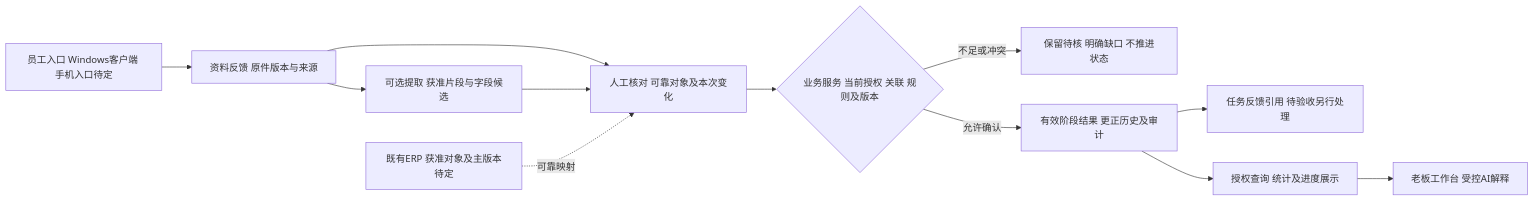
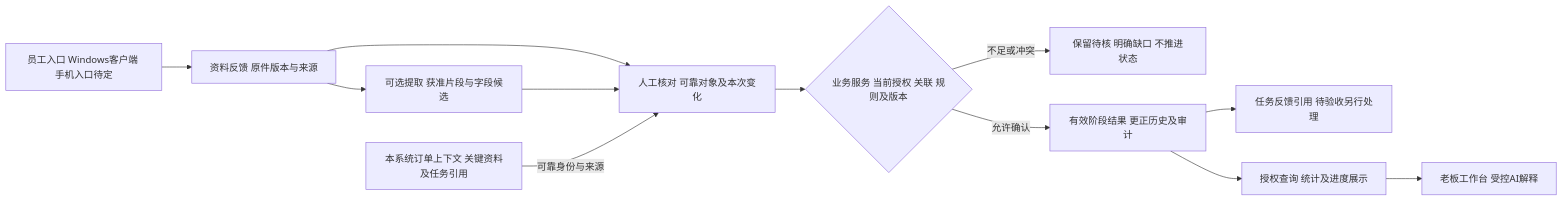
One commit to longshi888888/longshi changed the diagram in AI调研/产品经理调研/2026-10-26-关键反馈到老板查询设计草案.md. Above: the diagram before and after it, drawn with Mermaid. The commit also changed other lines of this file and 58 other files, not shown here.

````diff
--- a/AI调研/产品经理调研/2026-10-26-关键反馈到老板查询设计草案.md
+++ b/AI调研/产品经理调研/2026-10-26-关键反馈到老板查询设计草案.md
@@ -24,14 +26,14 @@
 ```mermaid
 flowchart LR
     A[员工入口 Windows客户端 手机入口待定] --> B[资料反馈 原件版本与来源]
     B --> C[可选提取 获准片段与字段候选]
     B --> D[人工核对 可靠对象及本次变化]
     C --> D
     D --> E{业务服务 当前授权 关联 规则及版本}
     E -->|不足或冲突| F[保留待核 明确缺口 不推进状态]
     E -->|允许确认| G[有效阶段结果 更正历史及审计]
     G --> H[任务反馈引用 待验收另行处理]
     G --> I[授权查询 统计及进度展示]
     I --> J[老板工作台 受控AI解释]
-    K[既有ERP 获准对象及主版本待定] -.可靠映射.-> D
+    K[本系统订单上下文 关键资料及任务引用] -->|可靠身份与来源| D
 ```
````
